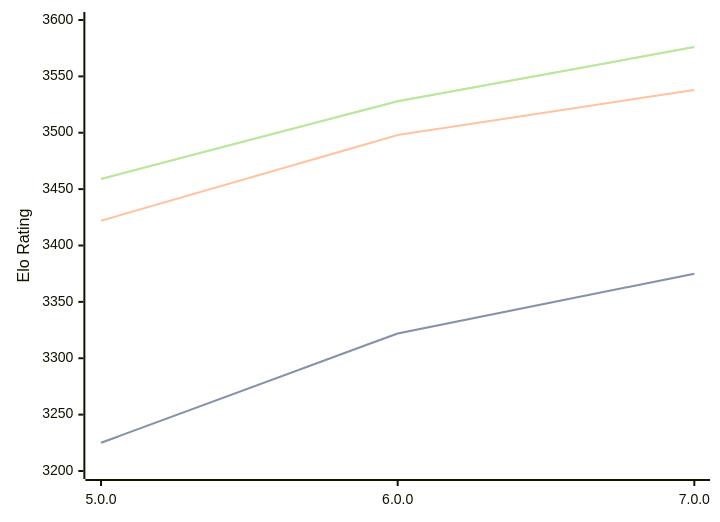
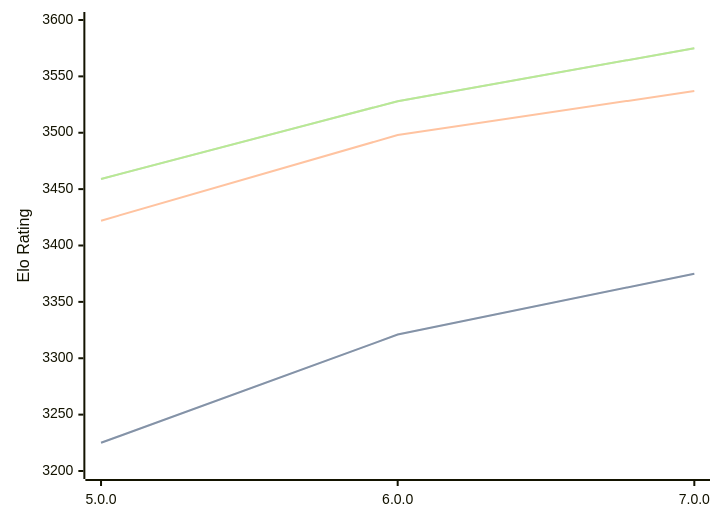
Before and after one commit to computer-chess-index/cci: the diagram in engines/Stormphrax.md, drawn with Mermaid. The commit also changed other lines of this file, not shown here.

Commit message:
Update CCI Ratings (ELO VLTC) - 2026-03-25

````diff
--- a/engines/Stormphrax.md
+++ b/engines/Stormphrax.md
@@ -38,11 +38,11 @@
 ```mermaid
 %%{init: {"theme":"base","themeVariables":{"seriesColors:['#a3a3a3','#222221','#faa371']}}}%%
 xychart-beta
   x-axis ["5.0.0", "6.0.0", "7.0.0"]
   y-axis "Elo Rating" 3200 --> 3600
-  line "STC (8.0+0.08s)" [3225, 3322, 3375]
-  line "STC (8.0+0.08s)" [3225, 3322, 3375]
-  line "LTC (60.0+0.60s)" [3422, 3498, 3538]
-  line "VLTC (2m24s+1.12s)" [3459, 3528, 3576]
-  line "VLTC (2m24s+1.12s)" [3459, 3528, 3576]
+  line "STC (8.0+0.08s)" [3225, 3321, 3375]
+  line "STC (8.0+0.08s)" [3225, 3321, 3375]
+  line "LTC (60.0+0.60s)" [3422, 3498, 3537]
+  line "VLTC (2m24s+1.12s)" [3459, 3528, 3575]
+  line "VLTC (2m24s+1.12s)" [3459, 3528, 3575]
 ```
````
